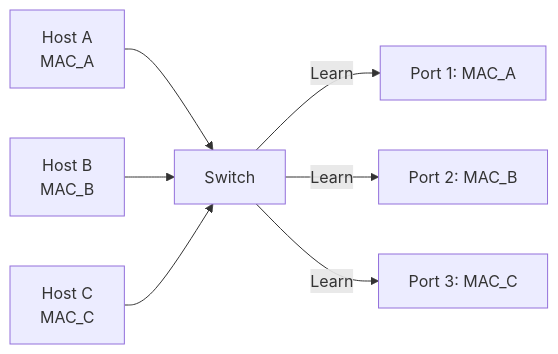
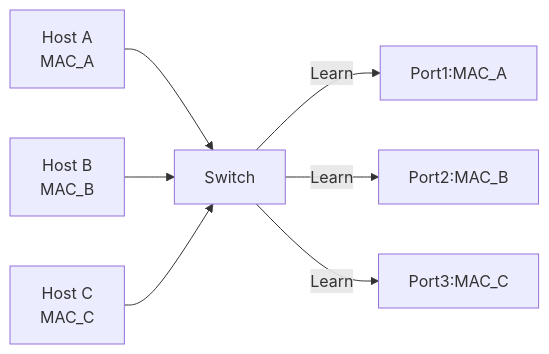
Before and after one commit to YiWang24/AiDIY: the third of 3 diagrams in docs/cs/network-os/data-link-layer.mdx, drawn with Mermaid. The commit also changed other lines of this file and 7 other files, not shown here.

````diff
--- a/docs/cs/network-os/data-link-layer.mdx
+++ b/docs/cs/network-os/data-link-layer.mdx
@@ -329,10 +329,10 @@
 ```mermaid
 graph LR
-    A[Host A<br/>MAC_A] --> S[Switch]
-    B[Host B<br/>MAC_B] --> S
-    C[Host C<br/>MAC_C] --> S
+A[Host A<br/>MAC_A]-->S[Switch]
+B[Host B<br/>MAC_B]-->S
+C[Host C<br/>MAC_C]-->S
 
-    S -->|Learn| MAC_A[Port 1: MAC_A]
-    S -->|Learn| MAC_B[Port 2: MAC_B]
-    S -->|Learn| MAC_C[Port 3: MAC_C]
+S-->|Learn|MAC_A[Port1:MAC_A]
+S-->|Learn|MAC_B[Port2:MAC_B]
+S-->|Learn|MAC_C[Port3:MAC_C]
 ```
````
